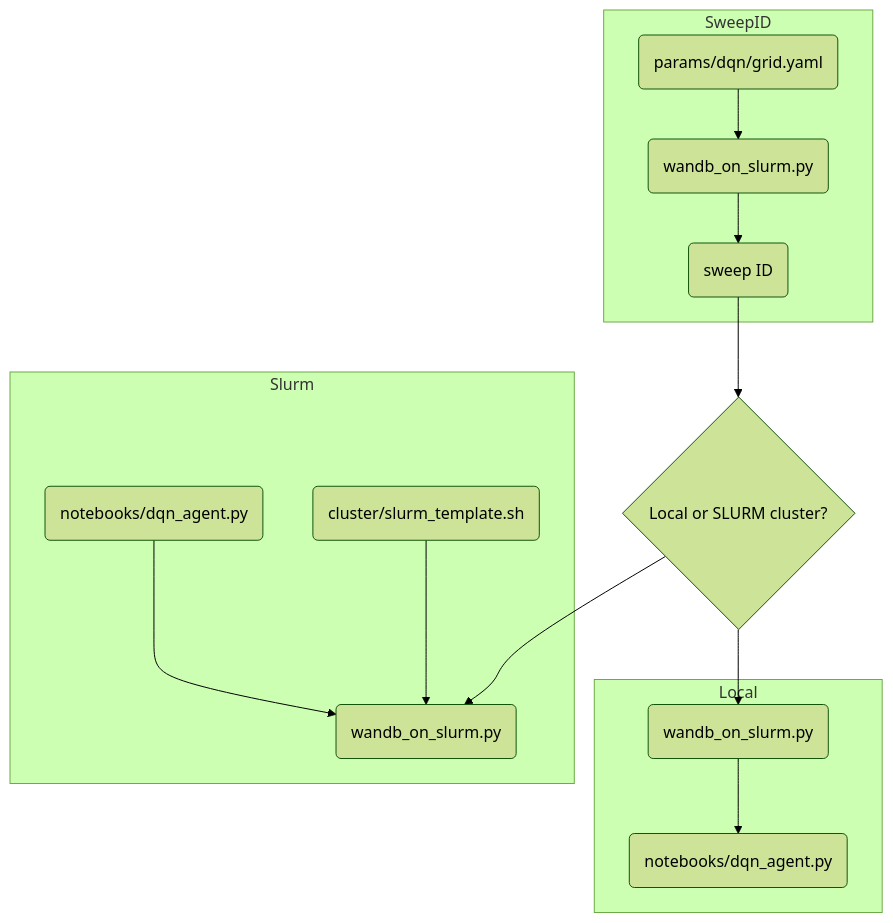
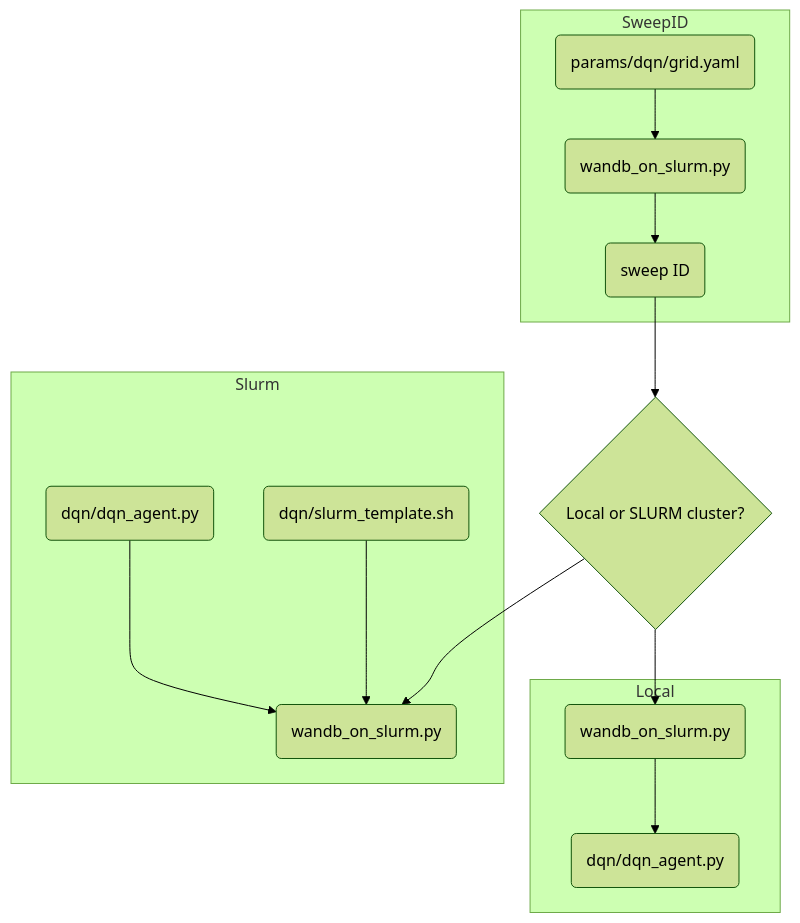
One commit to LBrinkmann/reward-network-iii-algorithm changed the third of 3 diagrams in README.md. Above: the diagram before and after it, drawn with Mermaid (forest theme). The commit also changed other lines of this file, not shown here.

````diff
--- a/README.md
+++ b/README.md
@@ -85,21 +83,21 @@
 ```mermaid
 
 flowchart TD
 
 subgraph SweepID
 A(params/dqn/grid.yaml) --> B(wandb_on_slurm.py)
 B(wandb_on_slurm.py) --> C(sweep ID)
 end
 
 C(sweep ID) --> D{Local or SLURM cluster?}
 D{Local or SLURM cluster?} --> E(wandb_on_slurm.py) & G(wandb_on_slurm.py)
 
 subgraph Local
-E(wandb_on_slurm.py) --> F(notebooks/dqn_agent.py)
+E(wandb_on_slurm.py) --> F(dqn/dqn_agent.py)
 end
 
 subgraph Slurm
-H(notebooks/dqn_agent.py) --> G(wandb_on_slurm.py)
-I(cluster/slurm_template.sh) --> G(wandb_on_slurm.py)
+H(dqn/dqn_agent.py) --> G(wandb_on_slurm.py)
+I(dqn/slurm_template.sh) --> G(wandb_on_slurm.py)
 end
 ```
````
